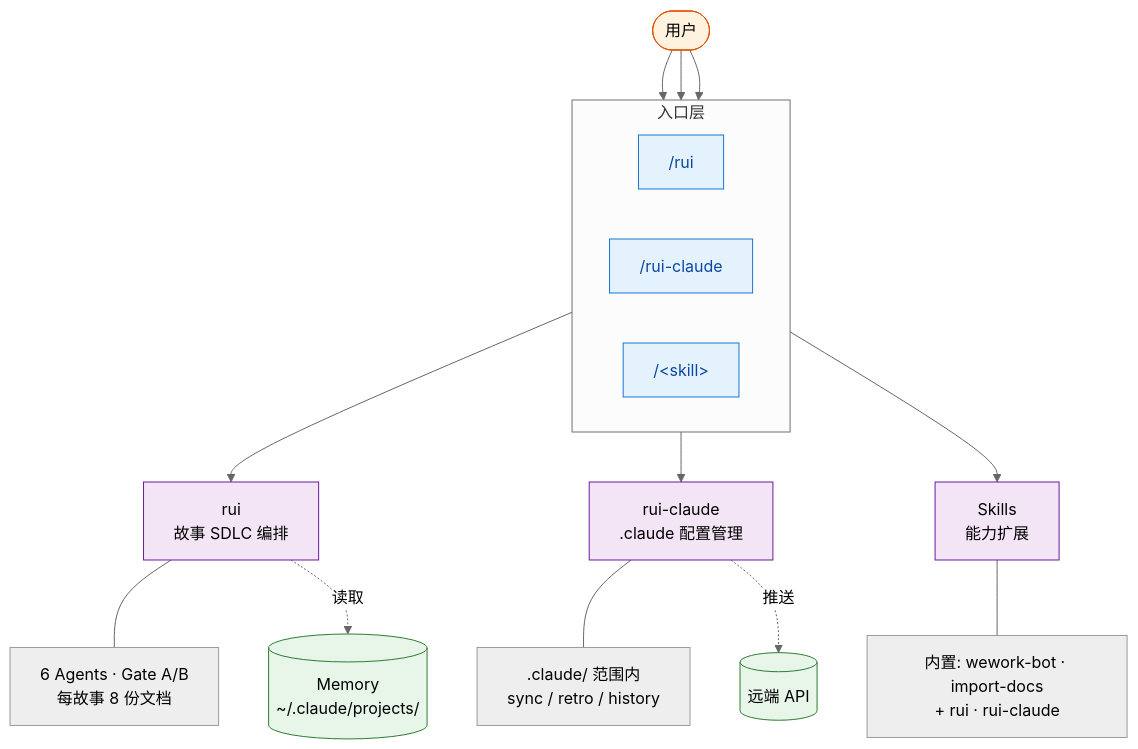
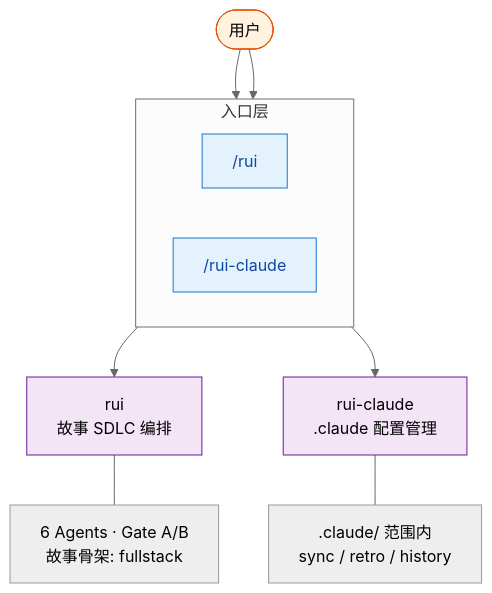
One commit to effiy/YrY changed the diagram in README.md. Above: the diagram before and after it, drawn with Mermaid (neutral theme). The commit also changed other lines of this file and 23 other files, not shown here.

````diff
--- a/README.md
+++ b/README.md
@@ -16,27 +12,20 @@
 ```mermaid
 flowchart TB
     User([用户]):::user
     subgraph 入口层
       direction LR
       Cmd1["/rui"]:::cmd
       Cmd2["/rui-claude"]:::cmd
-      Cmd3["/&lt;skill&gt;"]:::cmd
     end
-    User --> Cmd1 & Cmd2 & Cmd3
+    User --> Cmd1 & Cmd2
 
     Cmd1 --> R["rui<br/>故事 SDLC 编排"]:::core
     Cmd2 --> C["rui-claude<br/>.claude 配置管理"]:::core
-    Cmd3 --> S["Skills<br/>能力扩展"]:::core
 
-    R --- Agents["6 Agents · Gate A/B<br/>每故事 8 份文档"]
+    R --- Agents["6 Agents · Gate A/B<br/>故事骨架: fullstack"]
     C --- Scope[".claude/ 范围内<br/>sync / retro / history"]
-    S --- List["内置: wework-bot · import-docs<br/>+ rui · rui-claude"]
-
-    R -.读取.-> M[("Memory<br/>~/.claude/projects/")]:::mem
-    C -.推送.-> Remote[(远端 API)]:::mem
 
     classDef user fill:#fff3e0,stroke:#e65100;
     classDef cmd fill:#e3f2fd,stroke:#1976d2,color:#0d47a1;
     classDef core fill:#f3e5f5,stroke:#6a1b9a;
-    classDef mem fill:#e8f5e9,stroke:#2e7d32;
 ```
````
